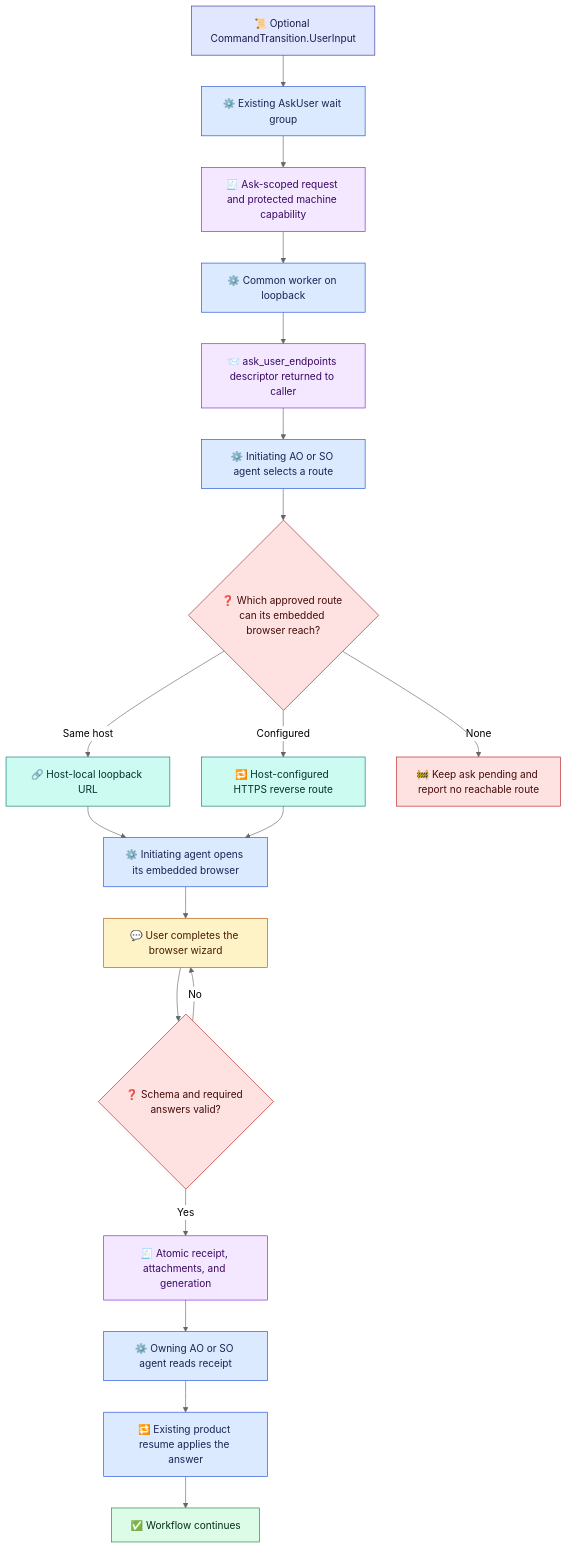
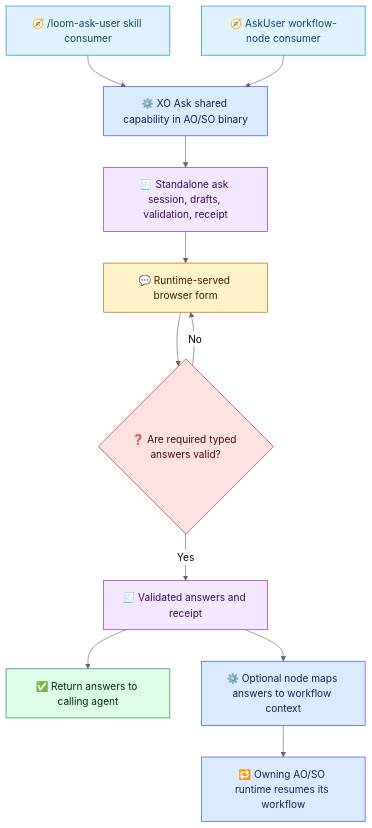
One commit to waynebaby/Techne-Loom changed the diagram in docs/en/architecture/ask-user-design.md. Above: the diagram before and after it, drawn with Mermaid (neutral theme). The commit also changed other lines of this file and 38 other files, not shown here.

First line of the commit message:
feat(ask): add workflow-free AO/SO sessions / 支持 AO/SO 独立问答

````diff
--- a/docs/en/architecture/ask-user-design.md
+++ b/docs/en/architecture/ask-user-design.md
@@ -17,38 +22,26 @@
 ```mermaid
 flowchart TD
-    CONTRACT["📜 Optional CommandTransition.UserInput"] --> WAIT["⚙️ Existing AskUser wait group"]
-    WAIT --> REQUEST["🧾 Ask-scoped request and protected machine capability"]
-    REQUEST --> WORKER["⚙️ Common worker on loopback"]
-    WORKER --> ENDPOINT["📨 ask_user_endpoints descriptor returned to caller"]
-    ENDPOINT --> AGENT["⚙️ Initiating AO or SO agent selects a route"]
-    AGENT --> ROUTE{"❓ Which approved route can its embedded browser reach?"}
-    ROUTE -- "Same host" --> LOOPBACK["🔗 Host-local loopback URL"]
-    ROUTE -- "Configured" --> REVERSE["🔁 Host-configured HTTPS reverse route"]
-    ROUTE -- "None" --> UNAVAILABLE["🚧 Keep ask pending and report no reachable route"]
-    LOOPBACK --> OPEN["⚙️ Initiating agent opens its embedded browser"]
-    REVERSE --> OPEN
-    OPEN --> CLIENT["💬 User completes the browser wizard"]
-    CLIENT --> VALIDATE{"❓ Schema and required answers valid?"}
-    VALIDATE -- "No" --> CLIENT
-    VALIDATE -- "Yes" --> RECEIPT["🧾 Atomic receipt, attachments, and generation"]
-    RECEIPT --> OWNER["⚙️ Owning AO or SO agent reads receipt"]
-    OWNER --> RESUME["🔁 Existing product resume applies the answer"]
-    RESUME --> DONE["✅ Workflow continues"]
+    SKILL["🧭 /loom-ask-user skill consumer"] --> XO["⚙️ XO Ask shared capability in AO/SO binary"]
+    NODE["🧭 AskUser workflow-node consumer"] --> XO
+    XO --> SESSION["🧾 Standalone ask session, drafts, validation, receipt"]
+    SESSION --> FORM["💬 Runtime-served browser form"]
+    FORM --> CHECK{"❓ Are required typed answers valid?"}
+    CHECK -- "No" --> FORM
+    CHECK -- "Yes" --> RESULT["🧾 Validated answers and receipt"]
+    RESULT --> DIRECT["✅ Return answers to calling agent"]
+    RESULT --> MAP["⚙️ Optional node maps answers to workflow context"]
+    MAP --> RESUME["🔁 Owning AO/SO runtime resumes its workflow"]
 
-    classDef contract fill:#e0e7ff,stroke:#3730a3,color:#1e1b4b;
+    classDef consumer fill:#e0f2fe,stroke:#0284c7,color:#0c4a6e;
     classDef runtime fill:#dbeafe,stroke:#1d4ed8,color:#172554;
     classDef user fill:#fef3c7,stroke:#b45309,color:#451a03;
     classDef evidence fill:#f3e8ff,stroke:#7e22ce,color:#3b0764;
     classDef decision fill:#fee2e2,stroke:#b91c1c,color:#450a0a;
-    classDef route fill:#ccfbf1,stroke:#0f766e,color:#042f2e;
-    classDef blocked fill:#fee2e2,stroke:#b91c1c,color:#450a0a;
     classDef complete fill:#dcfce7,stroke:#15803d,color:#052e16;
-    class CONTRACT contract;
-    class WAIT,WORKER,AGENT,OPEN,OWNER,RESUME runtime;
-    class CLIENT user;
-    class REQUEST,ENDPOINT,RECEIPT evidence;
-    class ROUTE,VALIDATE decision;
-    class LOOPBACK,REVERSE route;
-    class UNAVAILABLE blocked;
-    class DONE complete;
+    class SKILL,NODE consumer;
+    class XO,MAP,RESUME runtime;
+    class FORM user;
+    class SESSION,RESULT evidence;
+    class CHECK decision;
+    class DIRECT complete;
 ```
````
